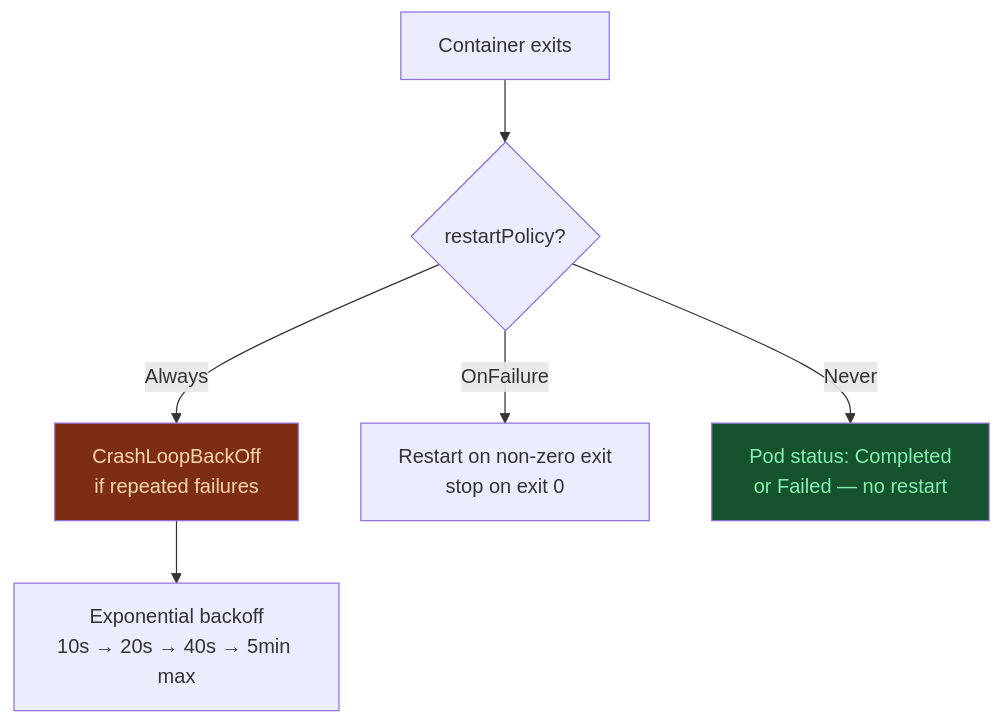
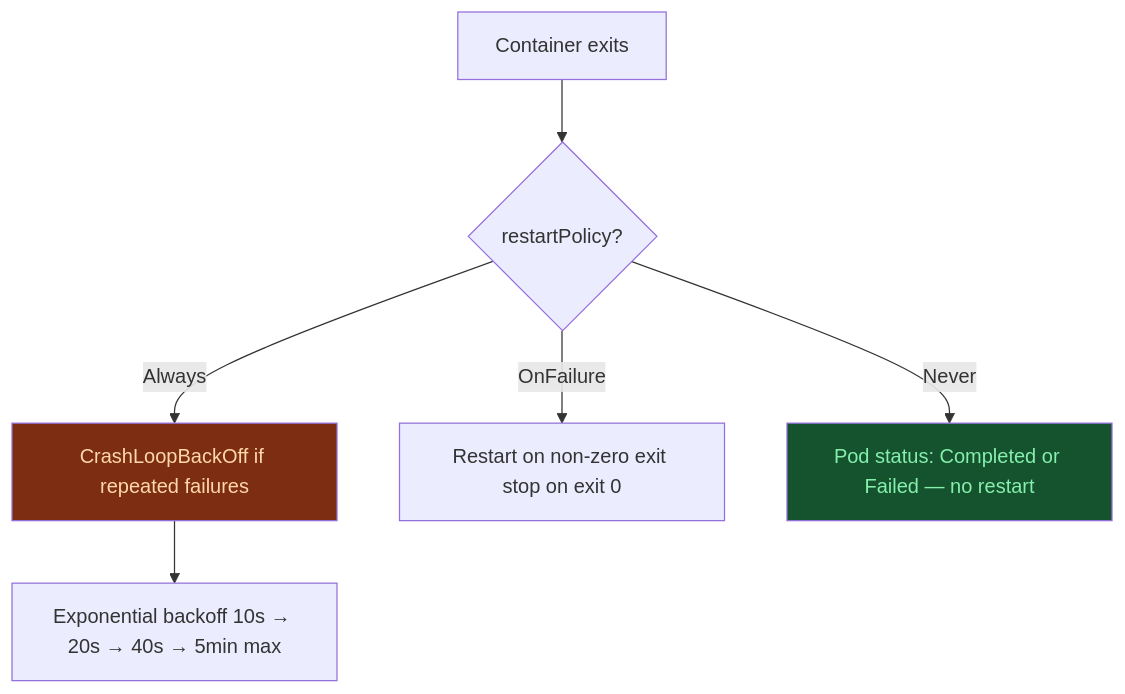
The fifth of 7 diagrams in 17_docker_to_k3s/04_docker_gotchas.md (UncleJS/course_k3s), drawn with Mermaid before and after one commit. The commit also changed other lines of this file and 57 other files, not shown here.

````diff
--- a/17_docker_to_k3s/04_docker_gotchas.md
+++ b/17_docker_to_k3s/04_docker_gotchas.md
@@ -322,10 +322,10 @@
 ```mermaid
 flowchart TD
     A[Container exits] --> B{restartPolicy?}
-    B -->|Always| C[CrashLoopBackOff\nif repeated failures]
-    B -->|OnFailure| D[Restart on non-zero exit\nstop on exit 0]
-    B -->|Never| E[Pod status: Completed\nor Failed — no restart]
-    C --> F[Exponential backoff\n10s → 20s → 40s → 5min max]
+    B -->|Always| C[CrashLoopBackOff if repeated failures]
+    B -->|OnFailure| D[Restart on non-zero exit stop on exit 0]
+    B -->|Never| E[Pod status: Completed or Failed — no restart]
+    C --> F[Exponential backoff 10s → 20s → 40s → 5min max]
     style C fill:#7c2d12,color:#fed7aa
     style E fill:#14532d,color:#86efac
 ```
````
